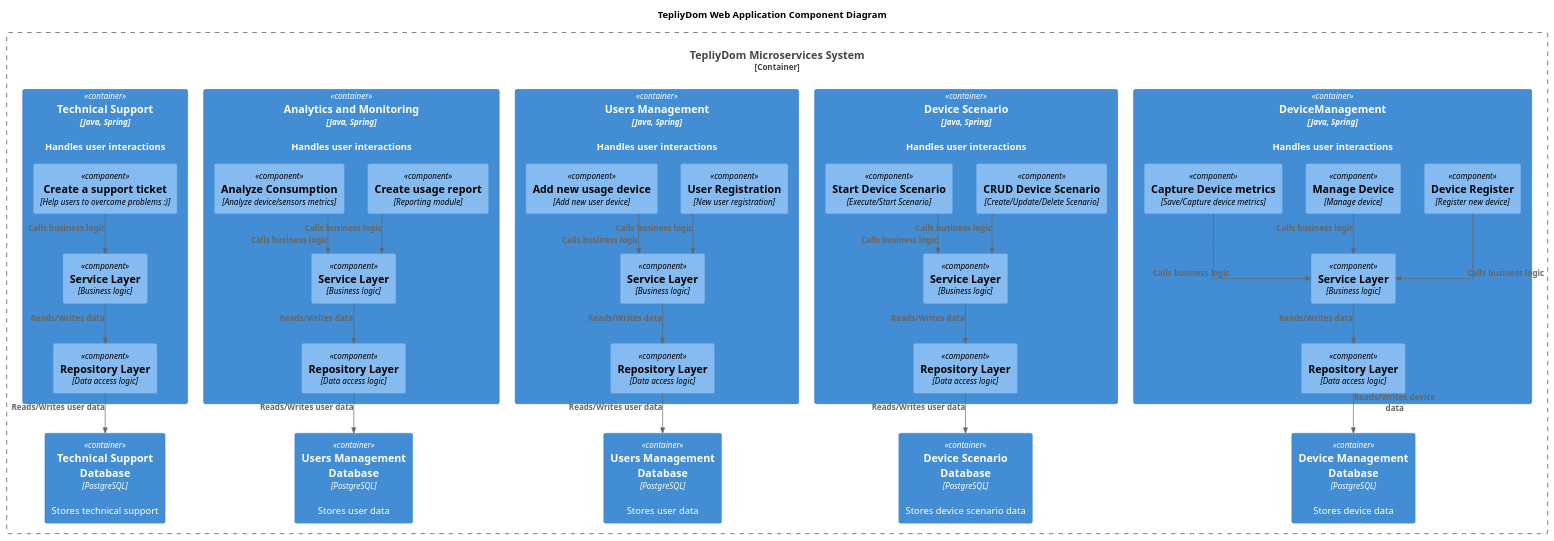
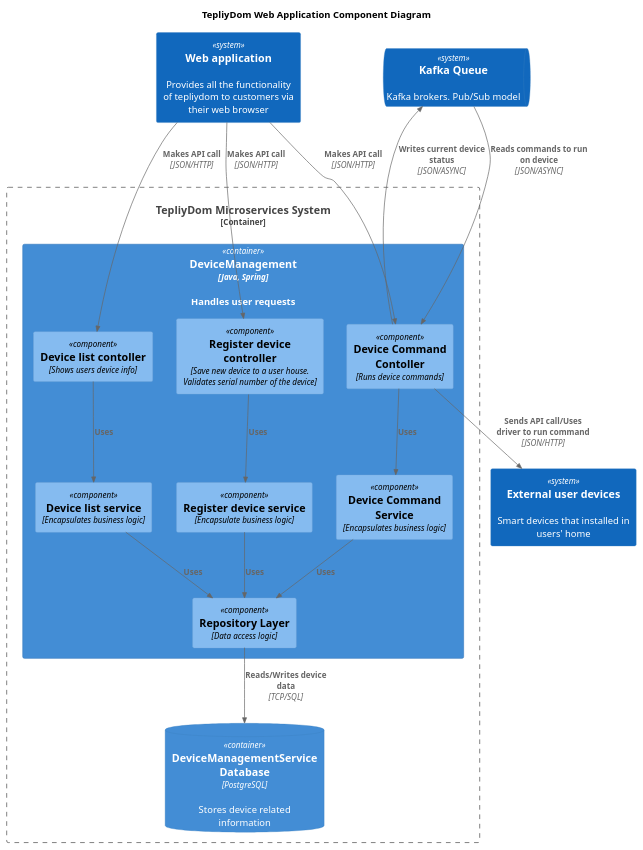
Before and after one commit to timurkartaev/architecture-sprint-3: the diagram in C4_Component.puml, drawn with PlantUML. The commit also changed 4 other files, not shown here.

```diff
--- a/C4_Component.puml
+++ b/C4_Component.puml
@@ -1,84 +1,49 @@
 @startuml
 title TepliyDom Web Application Component Diagram
 
 top to bottom direction
-skinparam linetype ortho
+'skinparam linetype ortho
 
 !includeurl https://raw.githubusercontent.com/RicardoNiepel/C4-PlantUML/master/C4_Component.puml
 
+System(webApp, "Web application", "Provides all the functionality of tepliydom to customers via  their web browser")
+System(externalDevices, "External user devices", "Smart devices that installed in users' home")
+SystemQueue(kafkaQueue, "Kafka Queue", "Kafka brokers. Pub/Sub model")
+
 Container_Boundary(TepliyDom, "TepliyDom Microservices System") {
-  Container(DeviceManagement, "DeviceManagement", "Java, Spring", "Handles user interactions")
-  Container(DeviceScenario, "Device Scenario", "Java, Spring", "Handles user interactions")
-  Container(UsersManagement, "Users Management", "Java, Spring", "Handles user interactions")
-  Container(Monitoring, "Analytics and Monitoring", "Java, Spring", "Handles user interactions")
-  Container(TechnicalSupport, "Technical Support", "Java, Spring", "Handles user interactions")
-
-  Container(DMDatabase, "Device Management Database", "PostgreSQL", "Stores device data")
-  Container(DSDatabase, "Device Scenario Database",   "PostgreSQL", "Stores device scenario data")
-  Container(MDatabase, "Users Management Database",  "PostgreSQL", "Stores user data")
-  Container(UMDatabase, "Users Management Database",  "PostgreSQL", "Stores user data")
-  Container(TSDatabase, "Technical Support Database", "PostgreSQL", "Stores technical support")
+  Container(DeviceManagement, "DeviceManagement", "Java, Spring", "Handles user requests")
+  ContainerDb(DMDatabase, "DeviceManagementService Database", "PostgreSQL", "Stores device related information")
 }
 
-Container(DeviceManagement, "DeviceManagement", "Java, Spring") {
-  Component(DeviceRegister, "Device Register", "Register new device")
-  Component(DeviceManage, "Manage Device", "Manage device")
-  Component(DeviceMetrics, "Capture Device metrics", "Save/Capture device metrics")
-  Component(DMServiceLayer, "Service Layer", "Business logic")
-  Component(DMRepositoryLayer, "Repository Layer", "Data access logic")
+Container(DeviceManagement, "DeviceManagementService", "Java, Spring") {
+  Component(registerDeviceController, "Register device controller", "Save new device to a user house. Validates serial number of the device")
+  Component(registerDeviceServiceLayer, "Register device service", "Encapsulate business logic")
+
+  Component(deviceCommandController, "Device Command Contoller", "Runs device commands")
+  Component(deviceCommandServiceLayer, "Device Command Service", "Encapsulates business logic")
+
+  Component(deviceListController, "Device list contoller", "Shows users device info")
+  Component(deviceListServiceLayer, "Device list service", "Encapsulates business logic")
+
+  Component(repositoryLayer, "Repository Layer", "Data access logic")
 }
 
-Container(DeviceScenario, "Device Scenario", "Java, Spring") {
-  Component(CRUDDeviceScenario, "CRUD Device Scenario", "Create/Update/Delete Scenario")
-  Component(StartDeviceScenario, "Start Device Scenario", "Execute/Start Scenario")
-  Component(DSServiceLayer, "Service Layer", "Business logic")
-  Component(DSRepositoryLayer, "Repository Layer", "Data access logic")
-}
-
-Container(Monitoring, "Monitoring", "Java, Spring") {
-  Component(CreateReport,  "Create usage report", "Reporting module")
-  Component(AnalyzeDeviceData, "Analyze Consumption", "Analyze device/sensors metrics")
-  Component(MServiceLayer, "Service Layer", "Business logic")
-  Component(MRepositoryLayer, "Repository Layer", "Data access logic")
-}
-
-Container(UsersManagement, "Monitoring", "Java, Spring") {
-  Component(RegisterUser, "User Registration", "New user registration")
-  Component(AddUserDevice, "Add new usage device", "Add new user device")
-  Component(UMServiceLayer, "Service Layer", "Business logic")
-  Component(UMRepositoryLayer, "Repository Layer", "Data access logic")
-}
-
-Container(TechnicalSupport, "Monitoring", "Java, Spring") {
-  Component(CreateSupportTicket, "Create a support ticket", "Help users to overcome problems :)")
-  Component(TSServiceLayer, "Service Layer", "Business logic")
-  Component(TSRepositoryLayer, "Repository Layer", "Data access logic")
-}
-
-Rel(DeviceRegister, DMServiceLayer, "Calls business logic")
-Rel(DeviceManage, DMServiceLayer, "Calls business logic")
-Rel(DeviceMetrics, DMServiceLayer, "Calls business logic")
-Rel(DMServiceLayer, DMRepositoryLayer,"Reads/Writes data")
-Rel(DMRepositoryLayer, DMDatabase,"Reads/Writes device data")
-
-Rel(CRUDDeviceScenario, DSServiceLayer, "Calls business logic")
-Rel(StartDeviceScenario, DSServiceLayer, "Calls business logic")
-Rel(DSServiceLayer, DSRepositoryLayer, "Reads/Writes data")
-Rel(DSRepositoryLayer, DSDatabase,"Reads/Writes user data")
-
-Rel(CreateReport, MServiceLayer,"Calls business logic")
-Rel(AnalyzeDeviceData, MServiceLayer,"Calls business logic")
-Rel(MServiceLayer, MRepositoryLayer,"Reads/Writes data")
-Rel(MRepositoryLayer, MDatabase,"Reads/Writes user data")
-
-Rel(RegisterUser, UMServiceLayer, "Calls business logic")
-Rel(AddUserDevice, UMServiceLayer,"Calls business logic")
-Rel(UMServiceLayer, UMRepositoryLayer,"Reads/Writes data")
-Rel(UMRepositoryLayer, UMDatabase,"Reads/Writes user data")
-
-Rel(CreateSupportTicket, TSServiceLayer,"Calls business logic")
-Rel(TSServiceLayer, TSRepositoryLayer,"Reads/Writes data")
-Rel(TSRepositoryLayer, TSDatabase,"Reads/Writes user data")
+Rel(webApp, registerDeviceController, "Makes API call", "JSON/HTTP")
+Rel(webApp, deviceCommandController, "Makes API call", "JSON/HTTP")
+Rel(webApp, deviceListController, "Makes API call", "JSON/HTTP")
 
 
+Rel(registerDeviceController, registerDeviceServiceLayer, "Uses")
+Rel(registerDeviceServiceLayer, repositoryLayer, "Uses")
+
+Rel(deviceCommandController, deviceCommandServiceLayer, "Uses")
+Rel(deviceCommandServiceLayer, repositoryLayer, "Uses")
+Rel(deviceCommandController, externalDevices, "Sends API call/Uses driver to run command", "JSON/HTTP")
+Rel(deviceCommandController, kafkaQueue, "Writes current device status", "JSON/ASYNC")
+Rel(kafkaQueue, deviceCommandController, "Reads commands to run on device", "JSON/ASYNC")
+
+Rel(deviceListController, deviceListServiceLayer, "Uses")
+Rel(deviceListServiceLayer, repositoryLayer, "Uses")
+
+Rel(repositoryLayer, DMDatabase,"Reads/Writes device data", "TCP/SQL")
 @enduml
```
